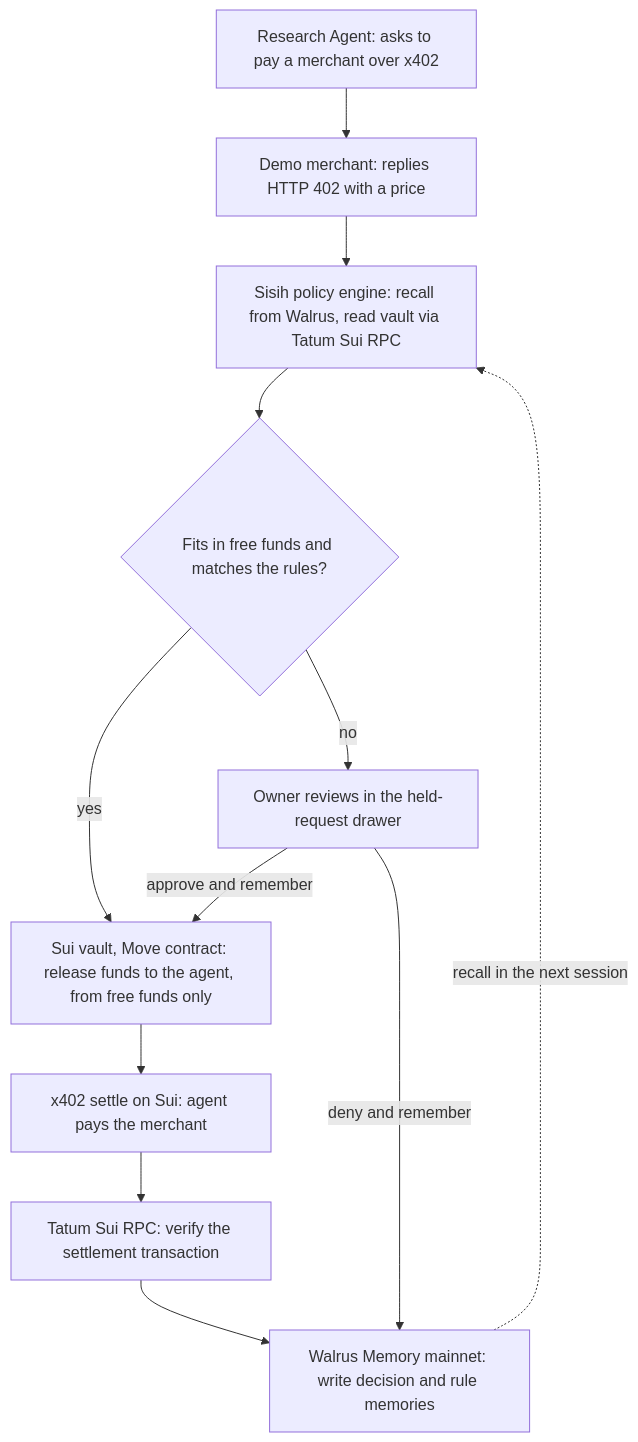
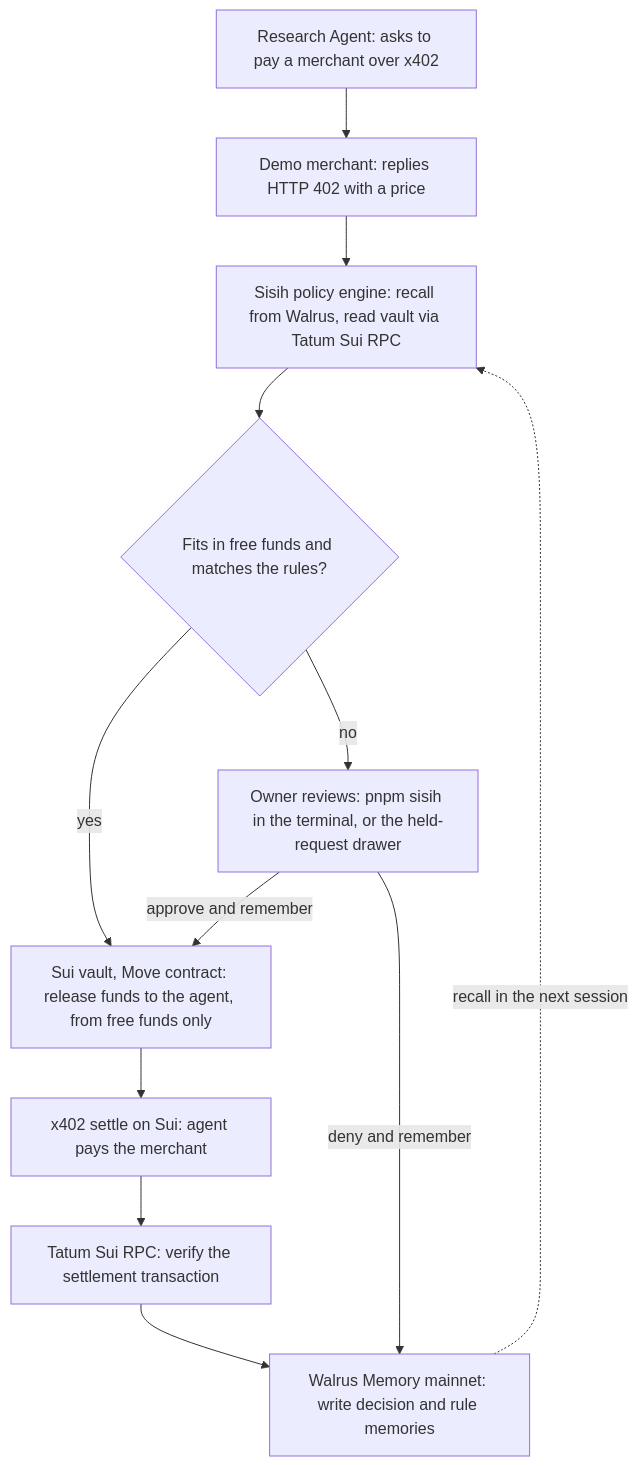
The diagram in docs/SPEC.md (zkzora/sisih), drawn with Mermaid before and after one commit. The commit also changed other lines of this file and 6 other files, not shown here.

````diff
--- a/docs/SPEC.md
+++ b/docs/SPEC.md
@@ -47,14 +47,14 @@
 ```mermaid
 flowchart TD
   A[Research Agent: asks to pay a merchant over x402] --> B[Demo merchant: replies HTTP 402 with a price]
   B --> C[Sisih policy engine: recall from Walrus, read vault via Tatum Sui RPC]
   C --> D{Fits in free funds and matches the rules?}
   D -- yes --> E[Sui vault, Move contract: release funds to the agent, from free funds only]
-  D -- no --> F[Owner reviews in the held-request drawer]
+  D -- no --> F[Owner reviews: pnpm sisih in the terminal, or the held-request drawer]
   F -- approve and remember --> E
   F -- deny and remember --> I
   E --> G[x402 settle on Sui: agent pays the merchant]
   G --> H[Tatum Sui RPC: verify the settlement transaction]
   H --> I[Walrus Memory mainnet: write decision and rule memories]
   I -. recall in the next session .-> C
 ```
````
